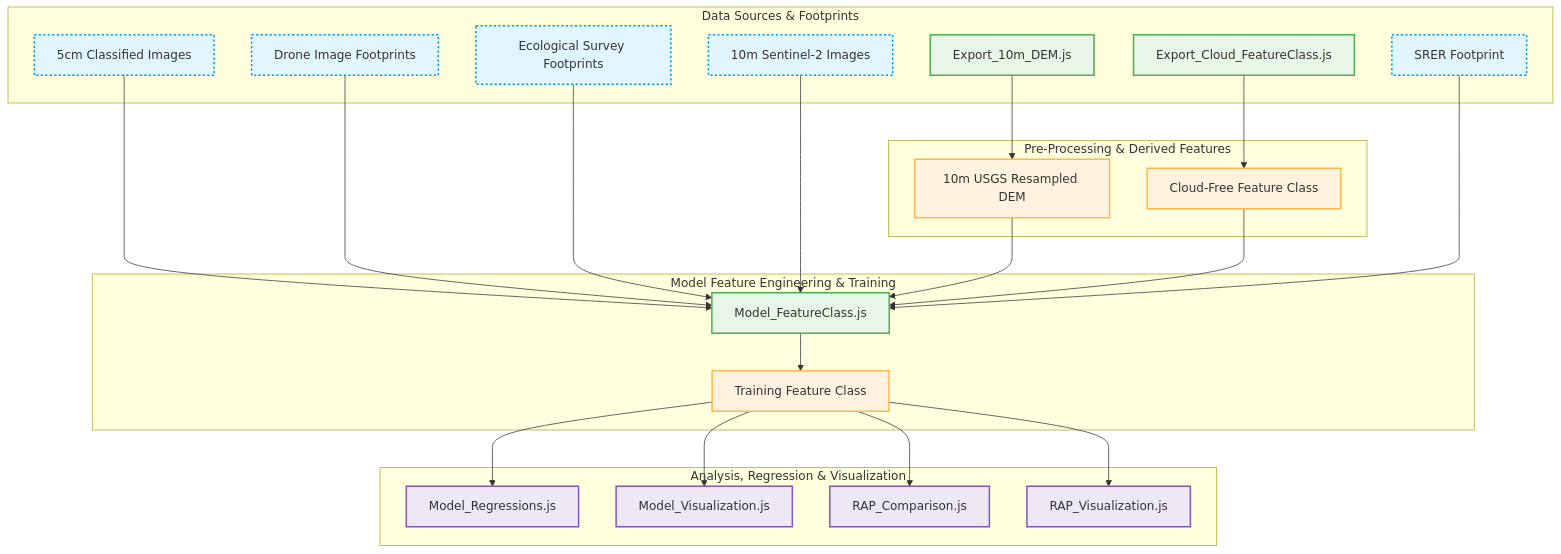
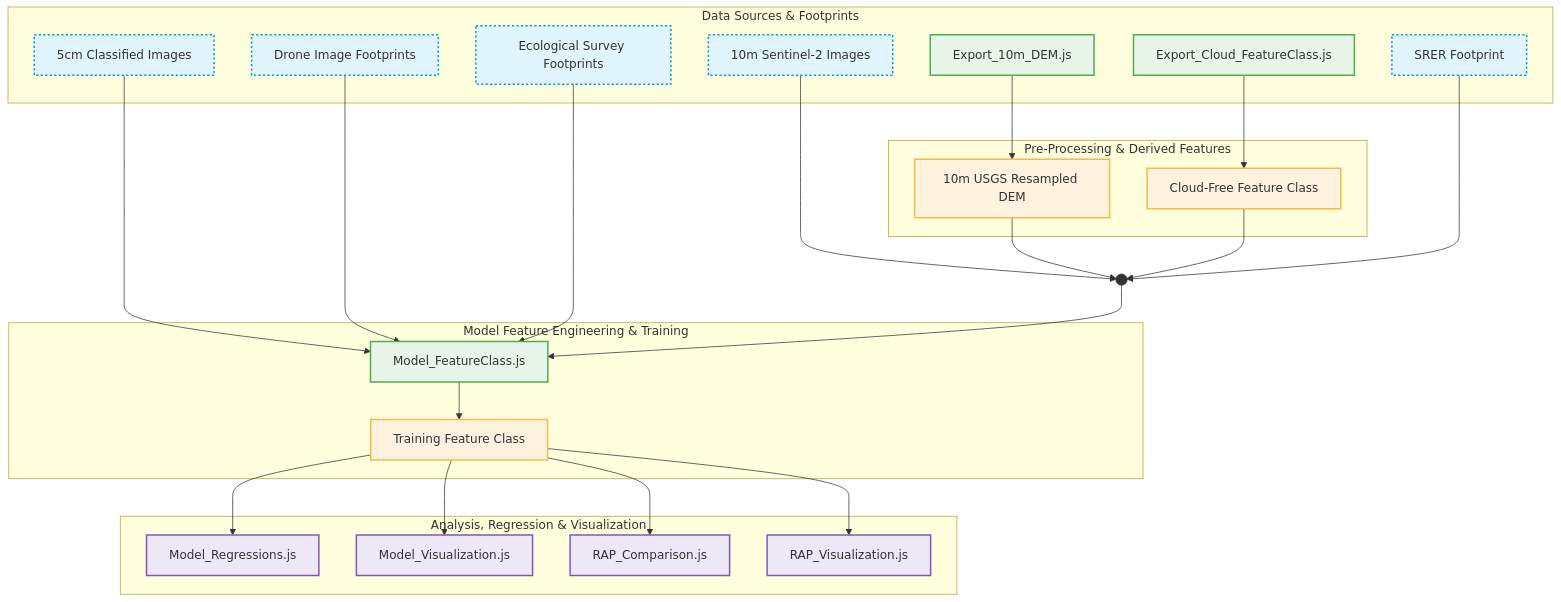
One commit to afullhart/SantaRita changed the diagram in README.md. Above: the diagram before and after it, drawn with Mermaid.

````diff
--- a/README.md
+++ b/README.md
@@ -1,72 +1,80 @@
 ```mermaid
 graph TD
     %% Styling Definitions
     classDef input fill:#e1f5fe,stroke:#039be5,stroke-width:2px,stroke-dasharray: 3 3;
     classDef intermediate fill:#fff3e0,stroke:#ffb74d,stroke-width:2px;
     classDef script fill:#e8f5e9,stroke:#4caf50,stroke-width:2px;
     classDef output fill:#ede7f6,stroke:#7e57c2,stroke-width:2px;
+    classDef junction fill:#333,stroke:#333,circle;
 
     %% --- LEVEL 1: INPUT DATA & RAW TEXTURES ---
     subgraph Inputs [Data Sources & Footprints]
         I1["5cm Classified Images"]
         I2["Drone Image Footprints"]
         I3["Ecological Survey Footprints"]
         I4["10m Sentinel-2 Images"]
         I5["SRER Footprint"]
         
         %% Script-based pre-processing inputs
         S1["Export_10m_DEM.js"]
         S2["Export_Cloud_FeatureClass.js"]
     end
 
     %% --- LEVEL 2: PRE-PROCESSING & INTERMEDIATE PRODUCTS ---
     subgraph PreProcessing [Pre-Processing & Derived Features]
         P1["10m USGS Resampled DEM"]
         P2["Cloud-Free Feature Class"]
     end
 
-    %% --- LEVEL 3: FEATURE ENGINEERING & TRAINING ---
+    %% --- THE NEW JOINT J1 ---
+    %% This node is outside of all subgraphs to be in the shared space.
+    J1(( )):::junction
+
+    %% --- LEVEL 3: FEATURE ENGINEERING & TRAINING (Moved Left) ---
     subgraph CoreModel [Model Feature Engineering & Training]
         S3["Model_FeatureClass.js"]
         T1["Training Feature Class"]
     end
 
     %% --- LEVEL 4: ANALYSIS & VISUALIZATION SCRIPTS ---
     subgraph Evaluation [Analysis, Regression & Visualization]
         O1["Model_Regressions.js"]
         O2["Model_Visualization.js"]
         O3["RAP_Comparison.js"]
         O4["RAP_Visualization.js"]
     end
 
     %% --- FLOW CONNECTIONS ---
     %% Left-side footprint pipeline
     I1 --> S3
     I2 --> S3
     I3 --> S3
 
     %% Pre-processing script connections
     S1 --> P1
     S2 --> P2
 
-    %% Right-side environmental data pipeline feeding into Feature Class script
-    I4 --> S3
-    P1 --> S3
-    P2 --> S3
-    I5 --> S3
+    %% --- INPUTS TO THE NEW JOINT ---
+    I4 --> J1
+    P1 --> J1
+    P2 --> J1
+    I5 --> J1
+
+    %% JOINT TO FEATURE CLASS SCRIPT
+    J1 --> S3
 
     %% Feature generation to training data
     S3 --> T1
 
-    %% Training data and environmental data feeding downstream scripts
+    %% Training data feeding downstream scripts
     T1 --> O1
     T1 --> O2
     T1 --> O3
     T1 --> O4
 
     %% Assigning Classes for Visual Distinction
     class I1,I2,I3,I4,I5 input;
     class P1,P2,T1 intermediate;
     class S1,S2,S3 script;
     class O1,O2,O3,O4 output;
 ```
````
